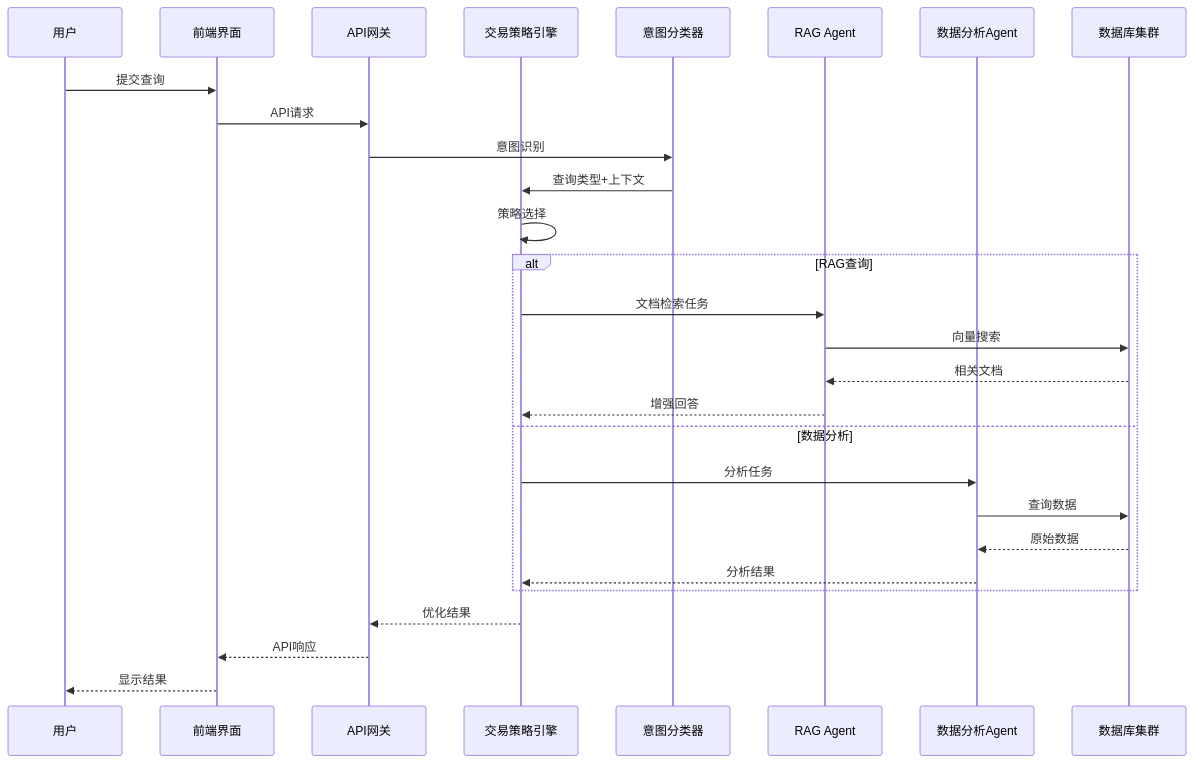
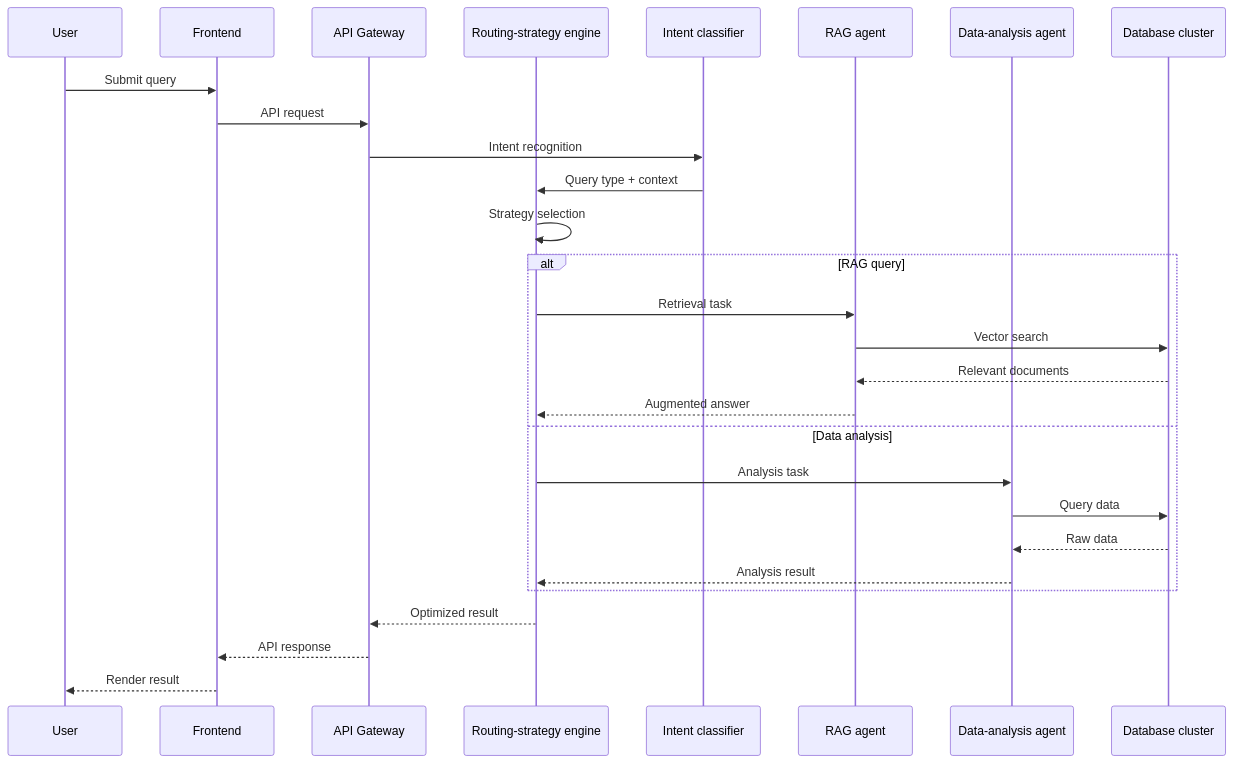
The diagram in docs/architecture/SYSTEM_ARCHITECTURE_DETAILED.md (DISSIDIA-986/Industry-AI-Flow), drawn with Mermaid before and after one commit. The commit also changed other lines of this file and 5 other files, not shown here.

First line of the commit message:
docs: English-first bilingual README + architecture docs

````diff
--- a/docs/architecture/SYSTEM_ARCHITECTURE_DETAILED.md
+++ b/docs/architecture/SYSTEM_ARCHITECTURE_DETAILED.md
@@ -115,33 +53,33 @@
 ```mermaid
 sequenceDiagram
-    participant User as 用户
-    participant UI as 前端界面
-    participant Gateway as API网关
-    participant Strategy as 交易策略引擎
-    participant Classifier as 意图分类器
-    participant RAG as RAG Agent
-    participant Data as 数据分析Agent
-    participant DB as 数据库集群
+    participant User
+    participant UI as Frontend
+    participant Gateway as API Gateway
+    participant Strategy as Routing-strategy engine
+    participant Classifier as Intent classifier
+    participant RAG as RAG agent
+    participant Data as Data-analysis agent
+    participant DB as Database cluster
 
-    User->>UI: 提交查询
-    UI->>Gateway: API请求
-    Gateway->>Classifier: 意图识别
-    Classifier->>Strategy: 查询类型+上下文
-    Strategy->>Strategy: 策略选择
-    
-    alt RAG查询
-        Strategy->>RAG: 文档检索任务
-        RAG->>DB: 向量搜索
-        DB-->>RAG: 相关文档
-        RAG-->>Strategy: 增强回答
-    else 数据分析
-        Strategy->>Data: 分析任务
-        Data->>DB: 查询数据
-        DB-->>Data: 原始数据
-        Data-->>Strategy: 分析结果
+    User->>UI: Submit query
+    UI->>Gateway: API request
+    Gateway->>Classifier: Intent recognition
+    Classifier->>Strategy: Query type + context
+    Strategy->>Strategy: Strategy selection
+
+    alt RAG query
+        Strategy->>RAG: Retrieval task
+        RAG->>DB: Vector search
+        DB-->>RAG: Relevant documents
+        RAG-->>Strategy: Augmented answer
+    else Data analysis
+        Strategy->>Data: Analysis task
+        Data->>DB: Query data
+        DB-->>Data: Raw data
+        Data-->>Strategy: Analysis result
     end
-    
-    Strategy-->>Gateway: 优化结果
-    Gateway-->>UI: API响应
-    UI-->>User: 显示结果
+
+    Strategy-->>Gateway: Optimized result
+    Gateway-->>UI: API response
+    UI-->>User: Render result
 ```
````
